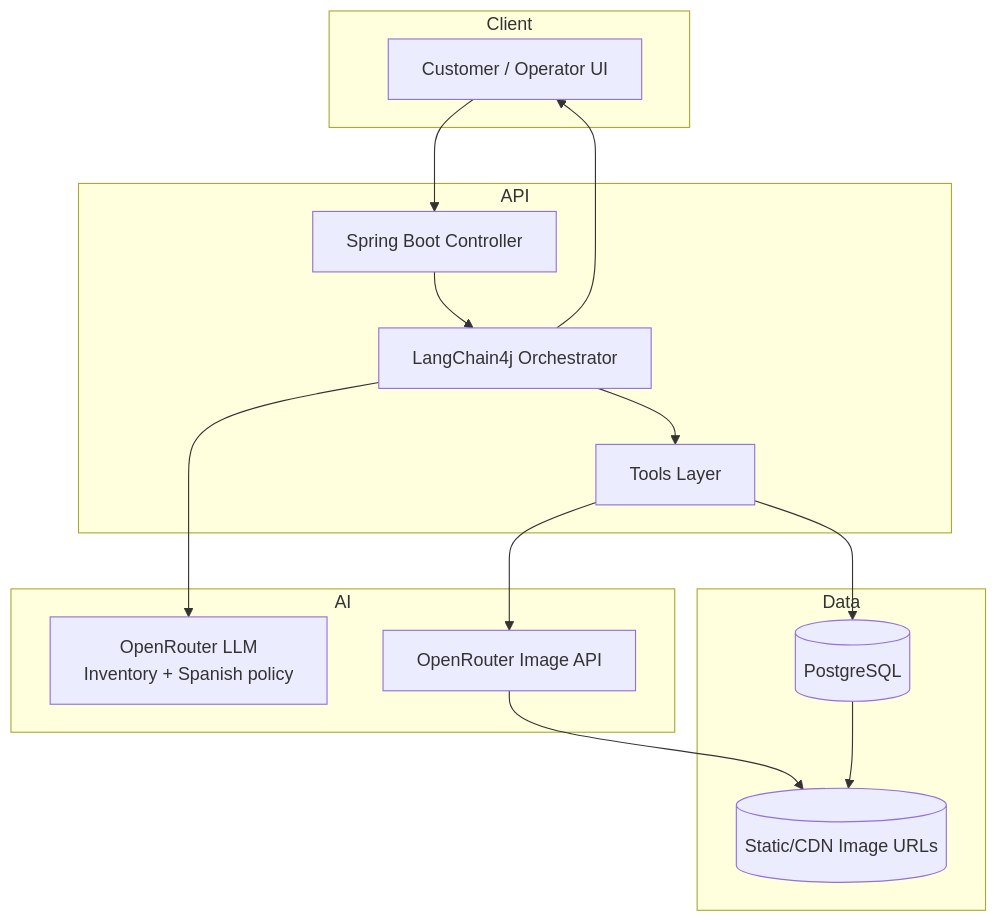
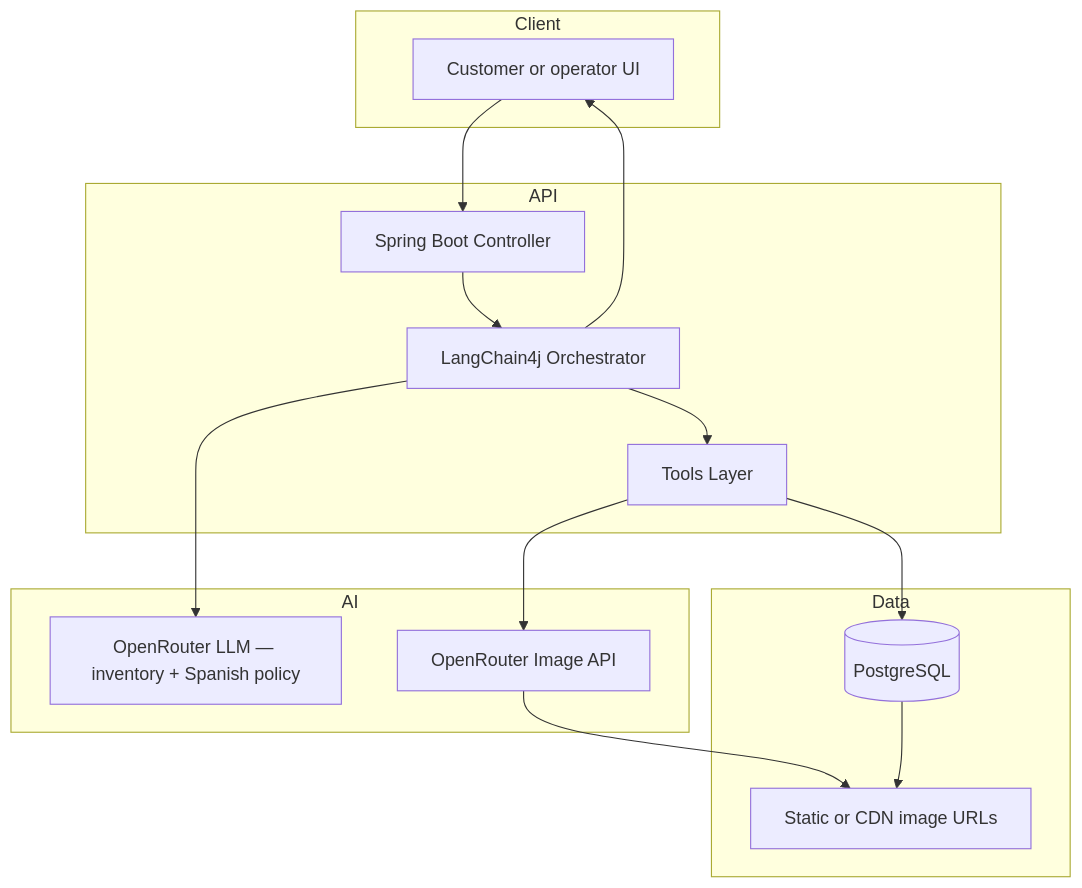
Before and after one commit to josalero/generic-rag-poc: the second of 5 diagrams in leather-inventory-agent/diseno-agente-consultas-leather-openrouter.md, drawn with Mermaid. The commit also changed other lines of this file, not shown here.

````diff
--- a/leather-inventory-agent/diseno-agente-consultas-leather-openrouter.md
+++ b/leather-inventory-agent/diseno-agente-consultas-leather-openrouter.md
@@ -339,32 +339,32 @@
 ```mermaid
 flowchart TD
   subgraph Client
-    C[Customer / Operator UI]
+    C["Customer or operator UI"]
   end
 
   subgraph API
-    E[Spring Boot Controller]
-    O[LangChain4j Orchestrator]
-    T[Tools Layer]
+    E["Spring Boot Controller"]
+    O["LangChain4j Orchestrator"]
+    T["Tools Layer"]
   end
 
   subgraph Data
     PG[(PostgreSQL)]
-    FS[(Static/CDN Image URLs)]
+    FS["Static or CDN image URLs"]
   end
 
   subgraph AI
-    LLM[OpenRouter LLM<br/>Inventory + Spanish policy]
-    IMG[OpenRouter Image API]
+    LLM["OpenRouter LLM — inventory + Spanish policy"]
+    IMG["OpenRouter Image API"]
   end
 
   C --> E
   E --> O
   O --> LLM
   O --> T
   T --> PG
   T --> IMG
   IMG --> FS
   O --> C
   PG --> FS
 ```
````
